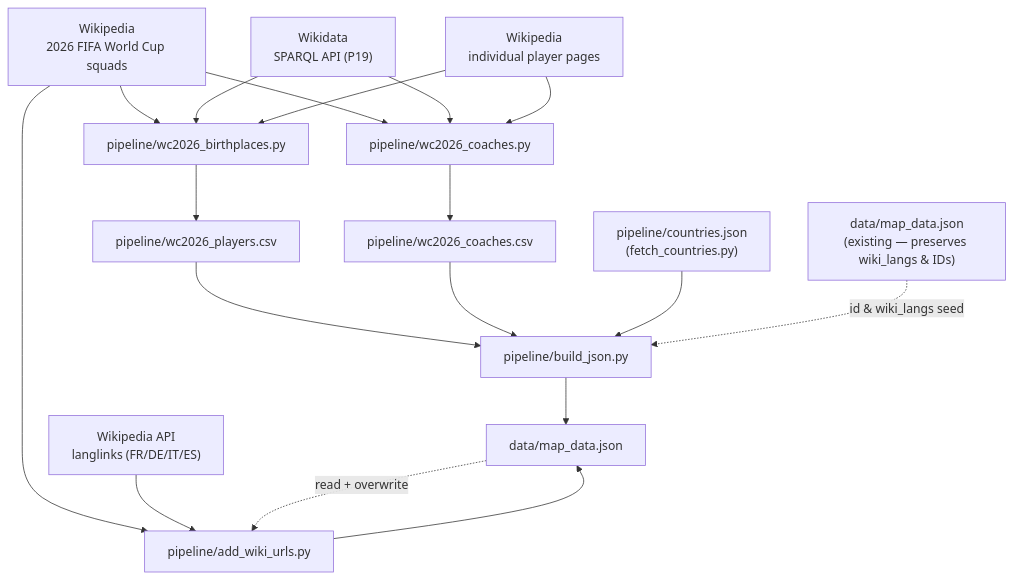
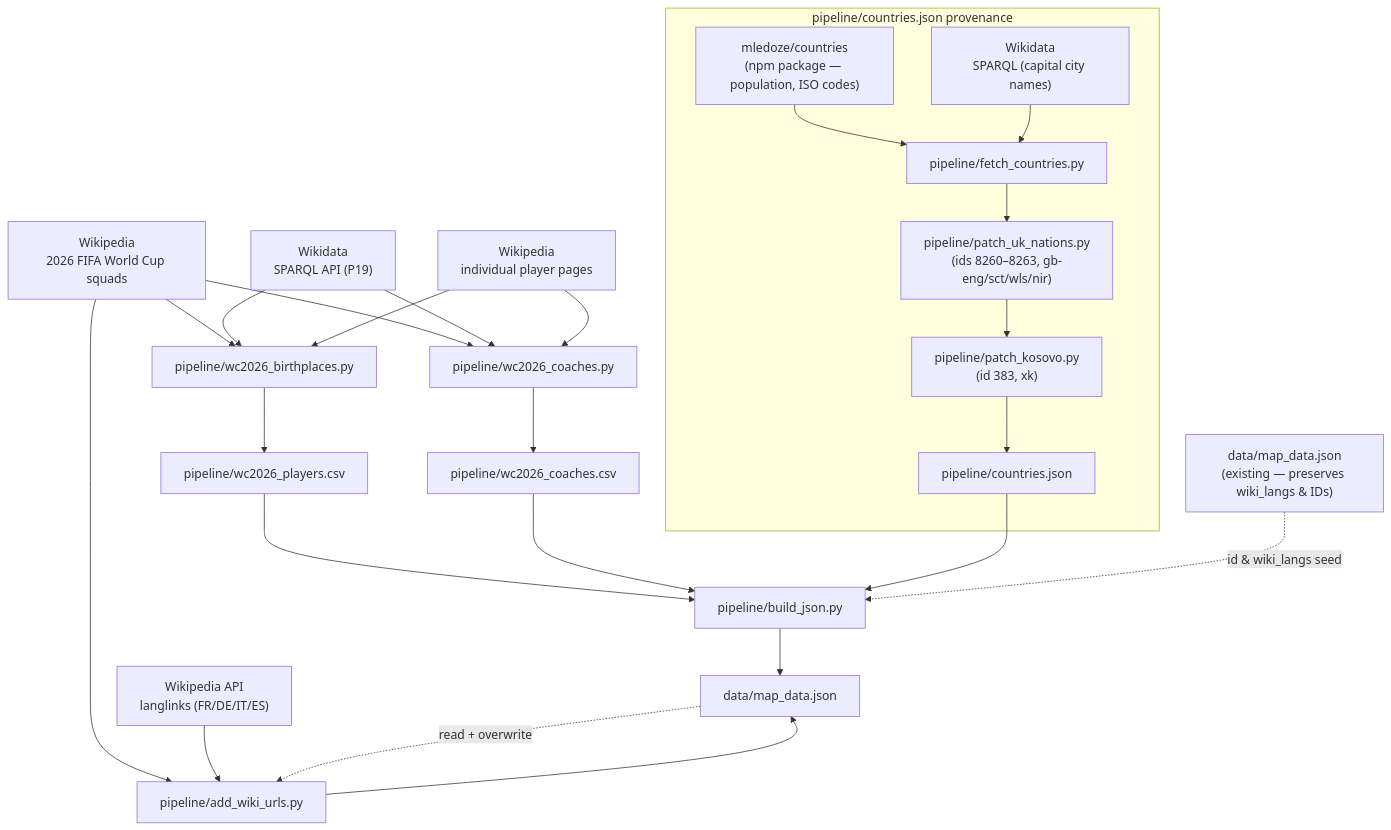
Before and after one commit to born-in-plays-for/mundial-build: the diagram in map_data.md, drawn with Mermaid. The commit also changed 1 other file, not shown here.

Commit message:
docs: expand pipeline diagrams — show countries.json provenance and patch scripts

````diff
--- a/map_data.md
+++ b/map_data.md
@@ -3,40 +3,54 @@
 ```mermaid
 flowchart TD
     WP["Wikipedia\n2026 FIFA World Cup squads"]
     WD["Wikidata\nSPARQL API (P19)"]
     WPP["Wikipedia\nindividual player pages"]
     WPA["Wikipedia API\nlanglinks (FR/DE/IT/ES)"]
-    CJ["pipeline/countries.json\n(fetch_countries.py)"]
     EJ["data/map_data.json\n(existing — preserves wiki_langs & IDs)"]
+
+    subgraph countries ["pipeline/countries.json provenance"]
+        ML["mledoze/countries\n(npm package — population, ISO codes)"]
+        WDC["Wikidata\nSPARQL (capital city names)"]
+        FC["pipeline/fetch_countries.py"]
+        PUK["pipeline/patch_uk_nations.py\n(ids 8260–8263, gb-eng/sct/wls/nir)"]
+        PKC["pipeline/patch_kosovo.py\n(id 383, xk)"]
+        CJ["pipeline/countries.json"]
+
+        ML --> FC
+        WDC --> FC
+        FC --> PUK
+        PUK --> PKC
+        PKC --> CJ
+    end
 
     BP["pipeline/wc2026_birthplaces.py"]
     CP["pipeline/wc2026_coaches.py"]
     BJ["pipeline/build_json.py"]
     WU["pipeline/add_wiki_urls.py"]
 
     PC["pipeline/wc2026_players.csv"]
     CC["pipeline/wc2026_coaches.csv"]
 
     OUT["data/map_data.json"]
 
     WP --> BP
     WD --> BP
     WPP --> BP
     BP --> PC
 
     WP --> CP
     WD --> CP
     WPP --> CP
     CP --> CC
 
     PC --> BJ
     CC --> BJ
     CJ --> BJ
     EJ -.->|id & wiki_langs seed| BJ
     BJ --> OUT
 
     WP --> WU
     WPA --> WU
     OUT -.->|read + overwrite| WU
     WU --> OUT
 ```
````
